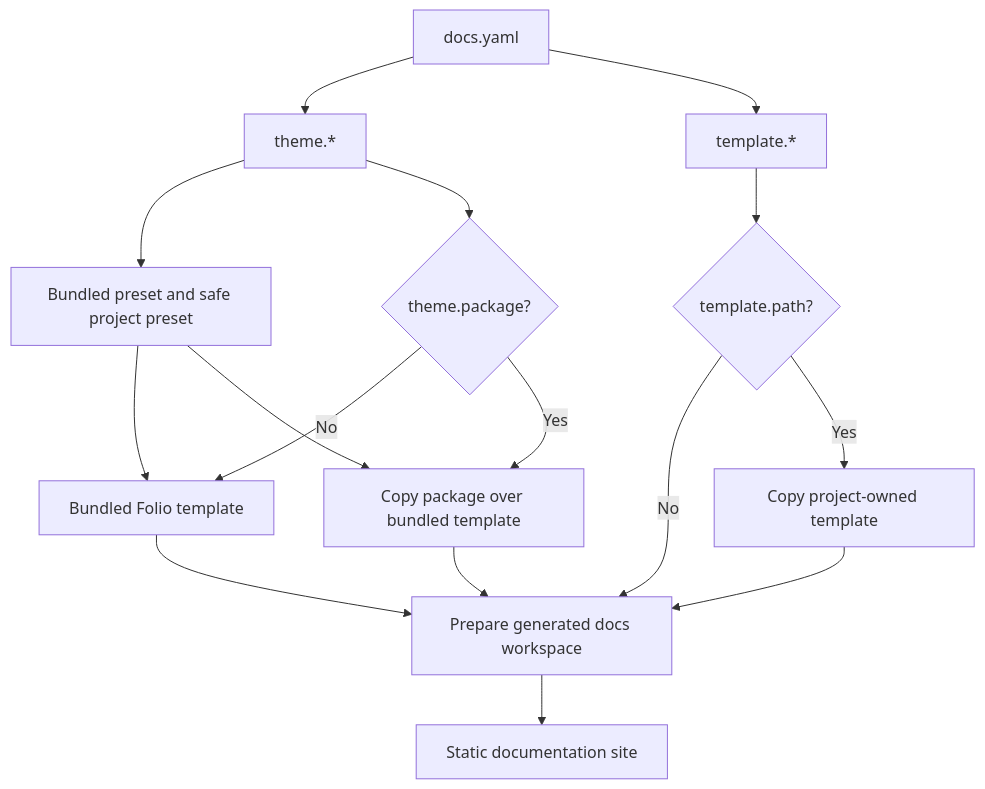
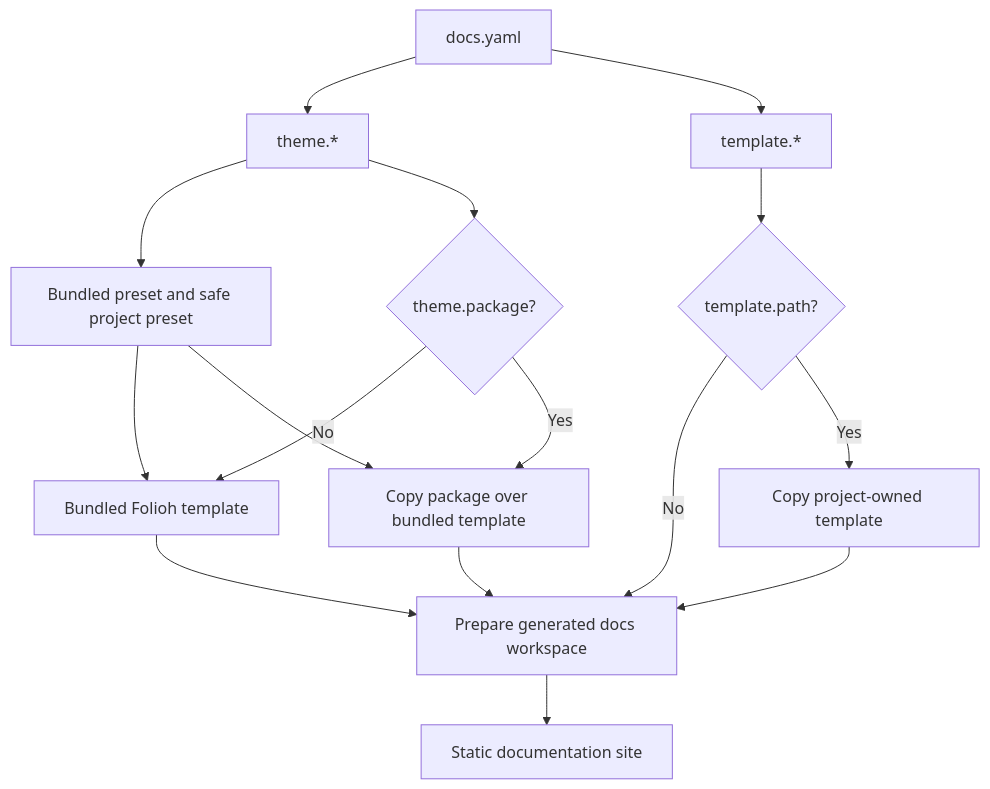
The diagram in docs/guide/theming/index.md (pguijas/folio), drawn with Mermaid before and after one commit. The commit also changed other lines of this file and 638 other files, not shown here.

````diff
--- a/docs/guide/theming/index.md
+++ b/docs/guide/theming/index.md
@@ -41,18 +41,18 @@
 ```mermaid
 flowchart TD
     Config["docs.yaml"] --> Theme["theme.*"]
     Config --> Template["template.*"]
     Theme --> Preset["Bundled preset and safe project preset"]
     Theme --> Package{"theme.package?"}
-    Package -->|No| Bundled["Bundled Folio template"]
+    Package -->|No| Bundled["Bundled Folioh template"]
     Package -->|Yes| Overlay["Copy package over bundled template"]
     Preset --> Bundled
     Preset --> Overlay
     Template --> Custom{"template.path?"}
     Custom -->|No| Build["Prepare generated docs workspace"]
     Custom -->|Yes| TemplateWorkspace["Copy project-owned template"]
     Bundled --> Build
     Overlay --> Build
     TemplateWorkspace --> Build
     Build --> Site["Static documentation site"]
 ```
````
